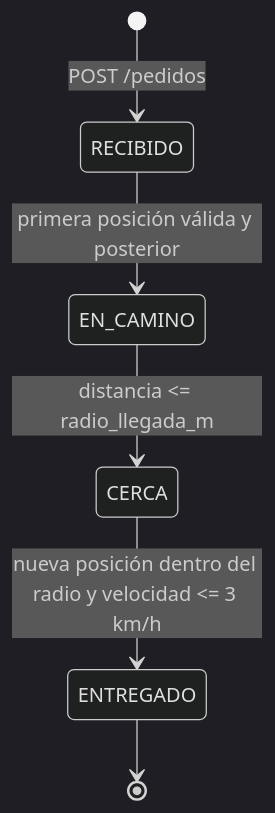
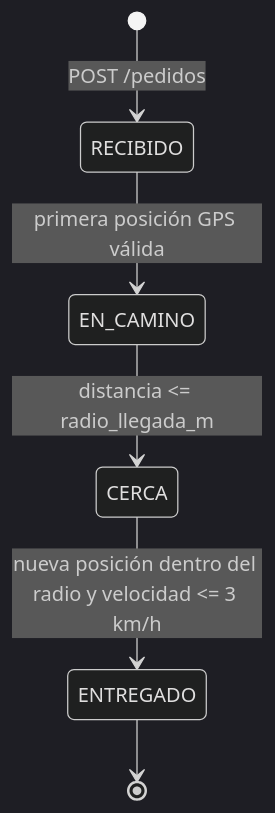
The second of 2 diagrams in README.md (PauliDuarte/traccar-fleet-integration), drawn with Mermaid (dark theme) before and after one commit. The commit also changed other lines of this file and 1 other file, not shown here.

````diff
--- a/README.md
+++ b/README.md
@@ -65,8 +78,8 @@
 ```mermaid
 stateDiagram-v2
     [*] --> RECIBIDO: POST /pedidos
-    RECIBIDO --> EN_CAMINO: primera posición válida y posterior
+    RECIBIDO --> EN_CAMINO: primera posición GPS válida
     EN_CAMINO --> CERCA: distancia <= radio_llegada_m
     CERCA --> ENTREGADO: nueva posición dentro del radio y velocidad <= 3 km/h
     ENTREGADO --> [*]
 ```
````
